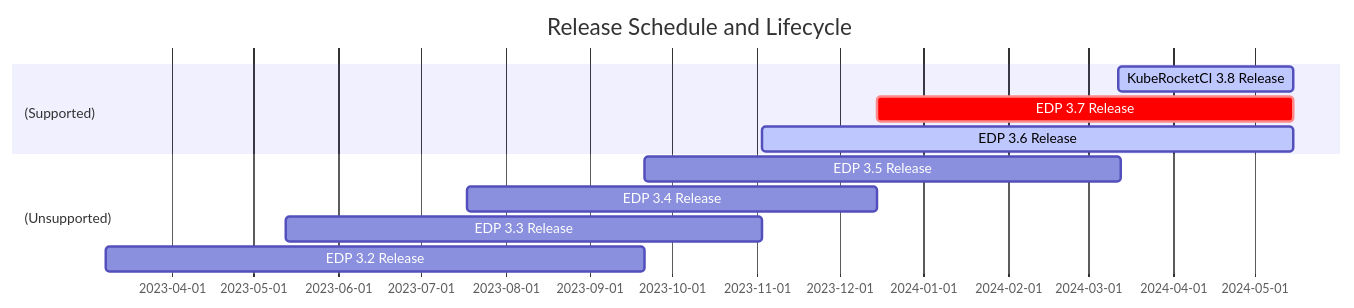
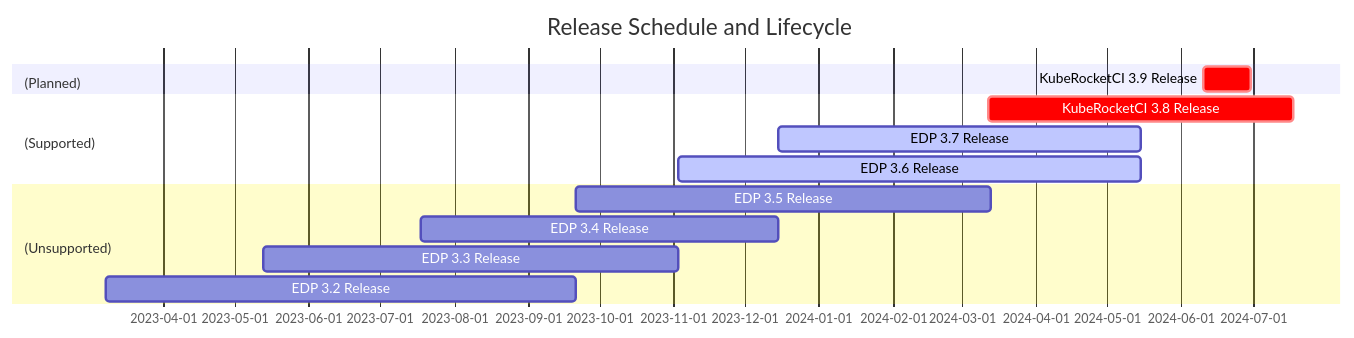
One commit to epam/edp-install changed the diagram in docs/supported-versions.md. Above: the diagram before and after it, drawn with Mermaid.

Commit message:
docs: Update release timeline (#187)

````diff
--- a/docs/supported-versions.md
+++ b/docs/supported-versions.md
@@ -11,27 +11,30 @@
 ``` mermaid
 gantt
     dateFormat  YYYY-MM-DD
     title Release Schedule and Lifecycle
 
-    section (Supported)
-    KubeRocketCI 3.8 Release: active, r38, 2024-3-12, 64d
+    section (Planned)
+    KubeRocketCI 3.9 Release: crit, r39, 2024-6-10, 20d
 
     section (Supported)
-    EDP 3.7 Release: crit, r37, 2023-12-15, 152d
+    KubeRocketCI 3.8 Release: crit, r38, 2024-3-12, 128d
+
+    section (Supported)
+    EDP 3.7 Release: active, r37, 2023-12-15, 152d
 
     section (Supported)
     EDP 3.6 Release: active, r36, 2023-11-03, 194d
 
     section (Unsupported)
     EDP 3.5 Release: r35, 2023-09-21, 174d
 
     section (Unsupported)
     EDP 3.4 Release: r34, 2023-07-18, 2023-12-15
 
     section (Unsupported)
     EDP 3.3 Release: r33, 2023-05-13, 2023-11-03
 
     section (Unsupported)
     EDP 3.2 Release: r32, 2023-03-08, 2023-09-21
 
 ```
````
